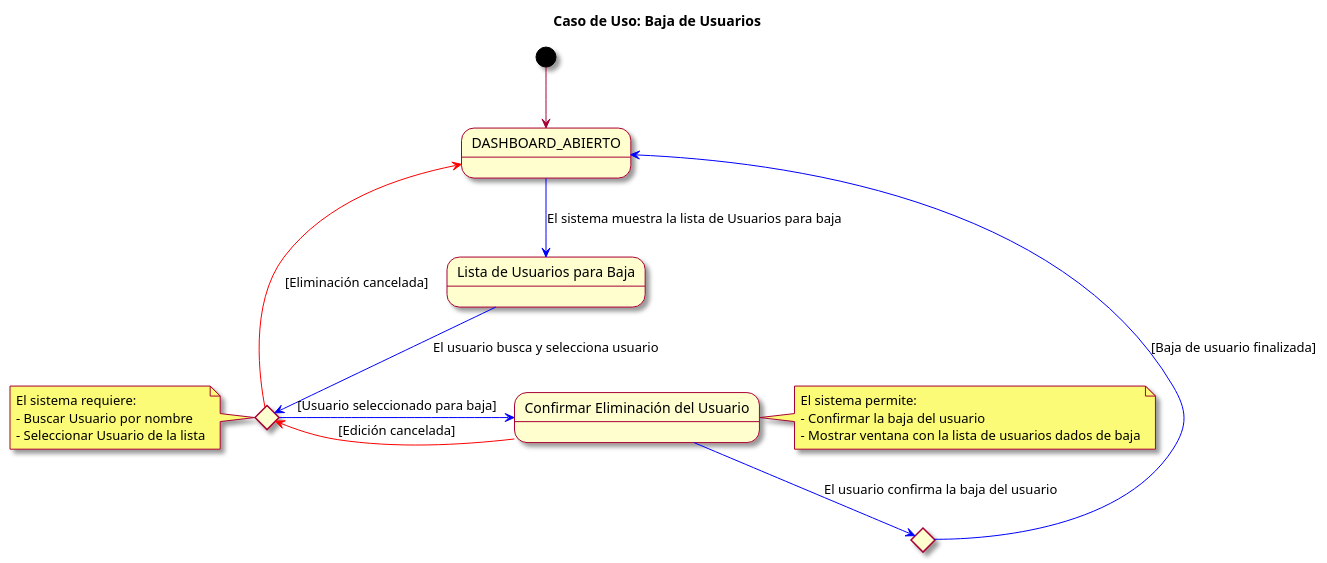
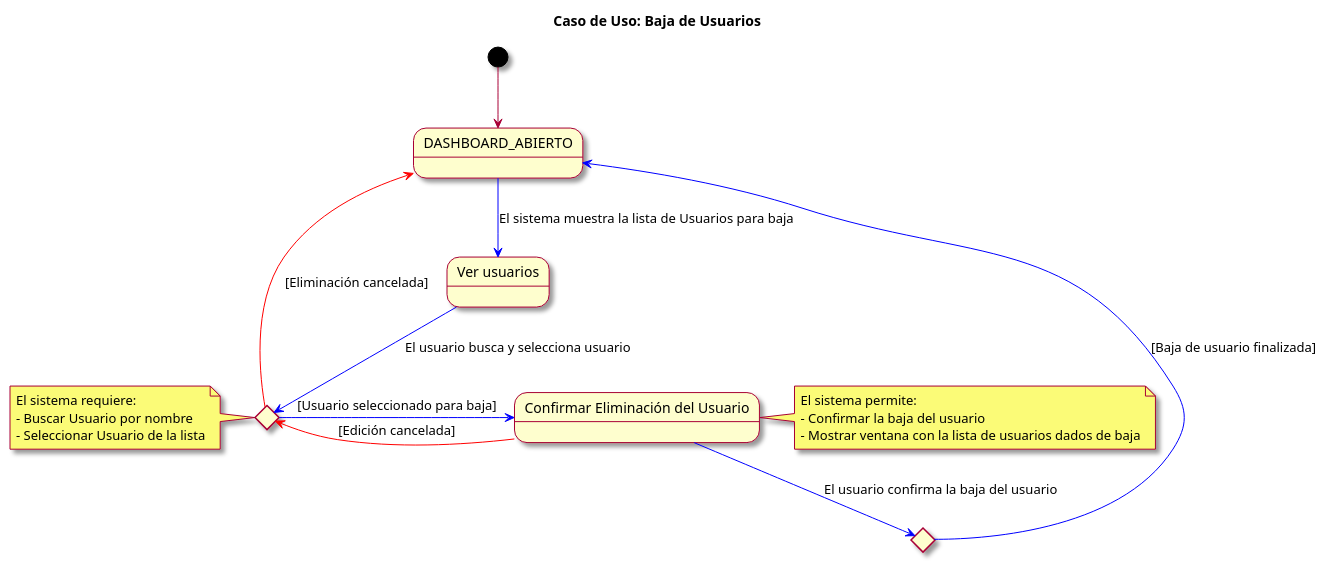
One commit to mmasias/23-24-IdSw1-SDR changed the diagram in modelosUML/casosDeUso/detalles/eliminarUsuario.puml. Above: the diagram before and after it, drawn with PlantUML. The commit also changed 6 other files, not shown here.

```diff
--- a/modelosUML/casosDeUso/detalles/eliminarUsuario.puml
+++ b/modelosUML/casosDeUso/detalles/eliminarUsuario.puml
@@ -1,32 +1,32 @@
 @startuml
 skin rose
 title Caso de Uso: Baja de Usuarios
 
 state DASHBOARD_ABIERTO as "DASHBOARD_ABIERTO"
-state ListaUsuariosBaja as "Lista de Usuarios para Baja"
+state ListaUsuariosBaja as "Ver usuarios"
 state SeleccionarUsuarioBaja <<choice>>
 state ConfirmarEliminarUsuario as "Confirmar Eliminación del Usuario"
 state BajaUsuarioFinalizada <<choice>>
 
 [*] -d-> DASHBOARD_ABIERTO
 DASHBOARD_ABIERTO -d[#blue]-> ListaUsuariosBaja : El sistema muestra la lista de Usuarios para baja
 ListaUsuariosBaja -d[#blue]-> SeleccionarUsuarioBaja : El usuario busca y selecciona usuario
 SeleccionarUsuarioBaja -r[#blue]-> ConfirmarEliminarUsuario : [Usuario seleccionado para baja]
 ConfirmarEliminarUsuario -d[#blue]-> BajaUsuarioFinalizada : El usuario confirma la baja del usuario
 BajaUsuarioFinalizada -r[#blue]-> DASHBOARD_ABIERTO : [Baja de usuario finalizada]
 SeleccionarUsuarioBaja -l[#red]-> DASHBOARD_ABIERTO : [Eliminación cancelada]
 ConfirmarEliminarUsuario -l[#red]-> SeleccionarUsuarioBaja : [Edición cancelada]
 
 note right of ConfirmarEliminarUsuario
   El sistema permite:
   - Confirmar la baja del usuario
   - Mostrar ventana con la lista de usuarios dados de baja
 end note
 
 note left of SeleccionarUsuarioBaja
   El sistema requiere:
   - Buscar Usuario por nombre
   - Seleccionar Usuario de la lista
 end note
 
 @enduml
```
